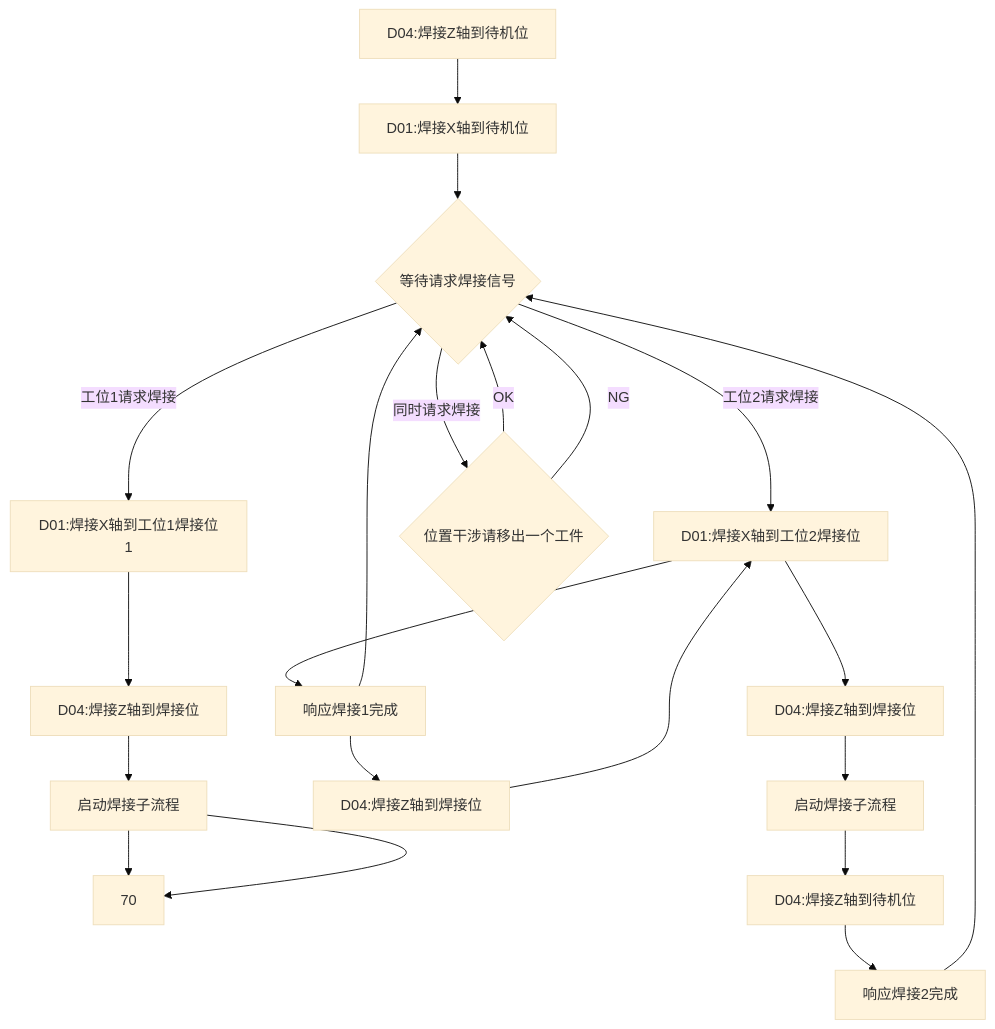
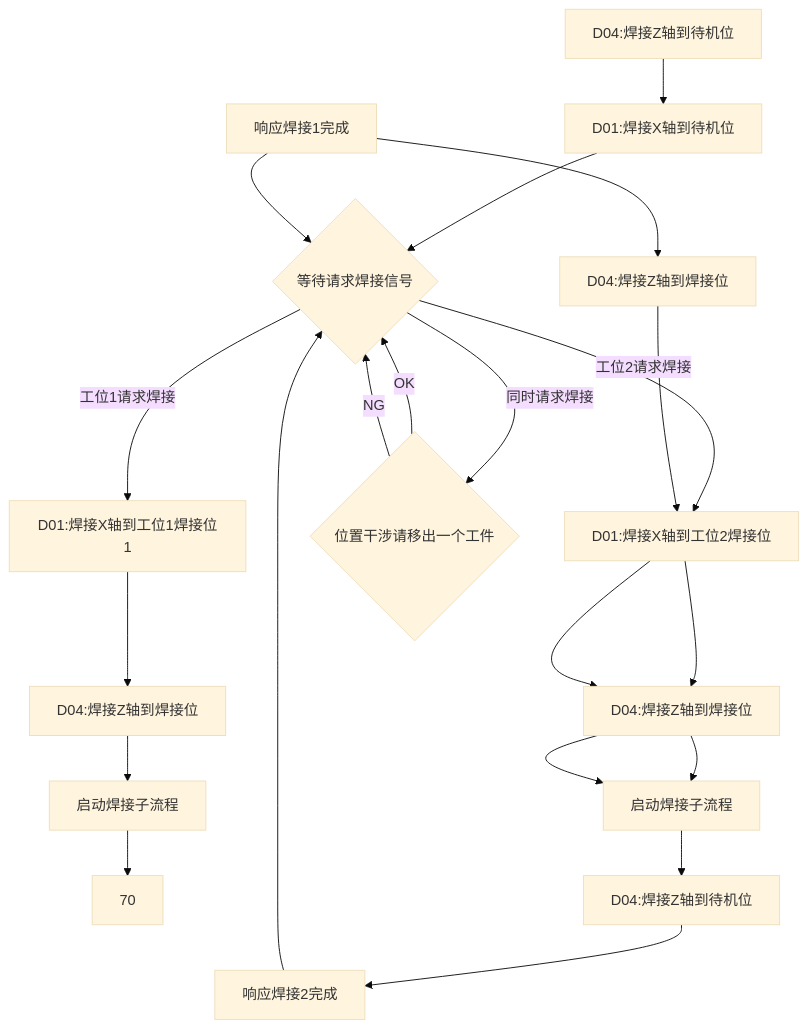
One commit to PengKun1/iodraw-files changed the diagram in all/OP20-1焊接工位自动流程.md. Above: the diagram before and after it, drawn with Mermaid (base theme).

Commit message:
2024-08-07 14:10:01 update

````diff
--- a/all/OP20-1焊接工位自动流程.md
+++ b/all/OP20-1焊接工位自动流程.md
@@ -1,23 +1,23 @@
 ```mermaid
 graph TD
 10[D04:焊接Z轴到待机位]-->20
 20[D01:焊接X轴到待机位]-->30
 30{等待请求焊接信号}-->|工位1请求焊接|40
 30-->|工位2请求焊接|100
 30-->|同时请求焊接|900
 40[D01:焊接X轴到工位1焊接位1]-->50
 50[D04:焊接Z轴到焊接位]-->60
 60[启动焊接子流程]-->70
 80[D01:焊接X轴到工位1焊接位2]-->90
 90[D04:焊接Z轴到焊接位]-->100
-100[D04:焊接Z轴到待机位]-->80
-60[启动焊接子流程]-->70
+100[D04:焊接Z轴到待机位]-->110
+110[启动焊接子流程]-->120
 80[响应焊接1完成]-->30
 100[D01:焊接X轴到工位2焊接位]-->110
 110[D04:焊接Z轴到焊接位]-->120
 120[启动焊接子流程]-->130
 130[D04:焊接Z轴到待机位]-->140
 140[响应焊接2完成]-->30
 900{位置干涉请移出一个工件}-->|OK|30
 900-->|NG|30
 ```
````
